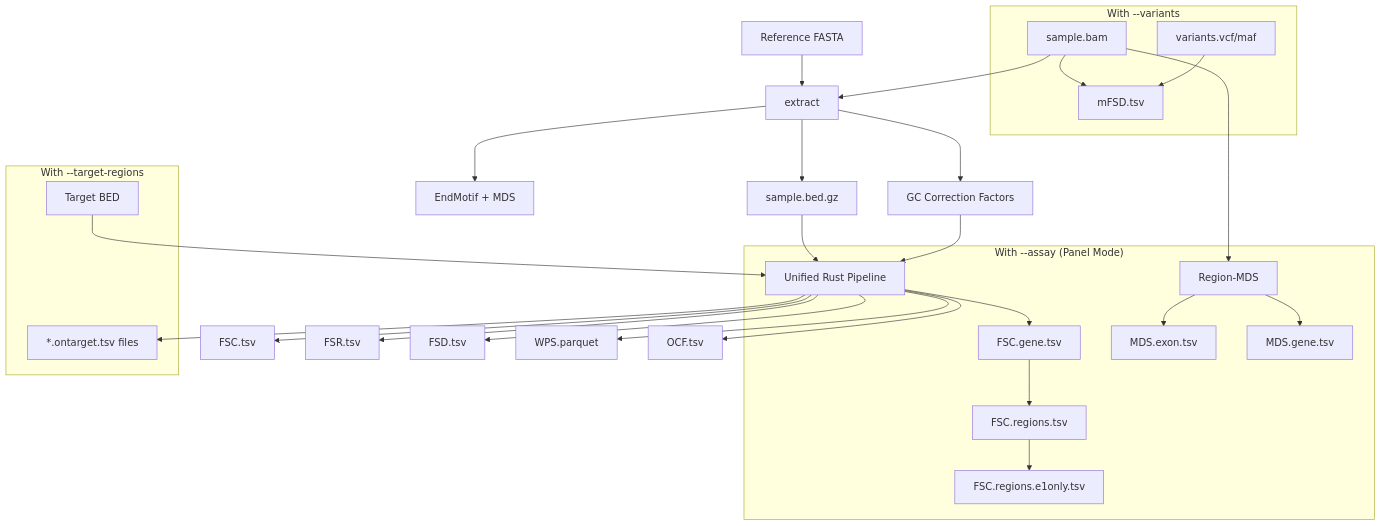
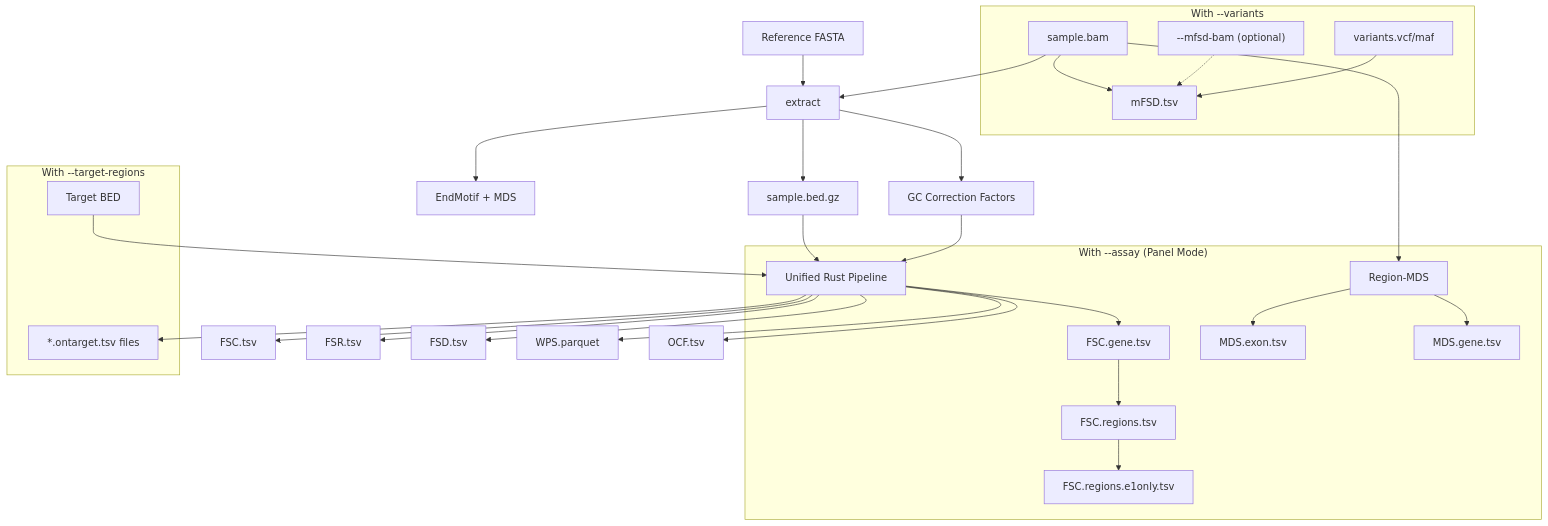
One commit to msk-access/krewlyzer changed the first of 2 diagrams in docs/cli/run-all.md. Above: the diagram before and after it, drawn with Mermaid. The commit also changed 7 other files, not shown here.

First line of the commit message:
feat(dual-bam): Add --mfsd-bam for dedicated duplex BAM in mFSD

````diff
--- a/docs/cli/run-all.md
+++ b/docs/cli/run-all.md
@@ -21,37 +21,38 @@
 ```mermaid
 flowchart TB
     BAM["sample.bam"] --> EXTRACT["extract"]
     REF["Reference FASTA"] --> EXTRACT
     
     EXTRACT --> BED["sample.bed.gz"]
     EXTRACT --> MOTIF["EndMotif + MDS"]
     EXTRACT --> GC["GC Correction Factors"]
     
     BED --> PIPELINE["Unified Rust Pipeline"]
     GC --> PIPELINE
     
     PIPELINE --> FSC["FSC.tsv"]
     PIPELINE --> FSR["FSR.tsv"]
     PIPELINE --> FSD["FSD.tsv"]
     PIPELINE --> WPS["WPS.parquet"]
     PIPELINE --> OCF["OCF.tsv"]
     
     subgraph "With --variants"
         BAM --> MFSD["mFSD.tsv"]
+        MFSD_BAM["--mfsd-bam (optional)"] -.-> MFSD
         VCF["variants.vcf/maf"] --> MFSD
     end
     
     subgraph "With --assay (Panel Mode)"
         PIPELINE --> FSCG["FSC.gene.tsv"]
         FSCG --> FSCR["FSC.regions.tsv"]
         FSCR --> E1["FSC.regions.e1only.tsv"]
         BAM --> RMDS["Region-MDS"]
         RMDS --> MDSE["MDS.exon.tsv"]
         RMDS --> MDSG["MDS.gene.tsv"]
     end
     
     subgraph "With --target-regions"
         TARGETS["Target BED"] --> PIPELINE
         PIPELINE --> ON["*.ontarget.tsv files"]
     end
 ```
````
